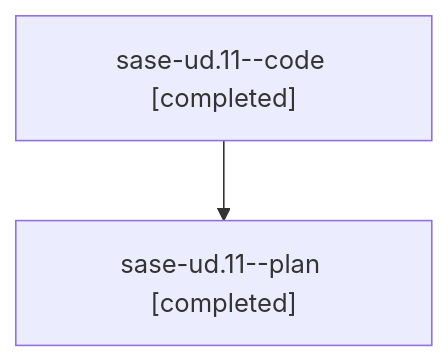
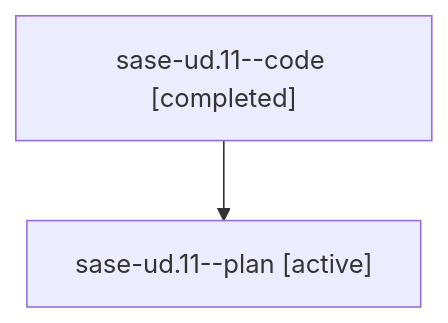
One commit to sase-org/sase--agents changed the diagram in families/bbugyi200.athena.sase-ud.11.md. Above: the diagram before and after it, drawn with Mermaid. The commit also changed other lines of this file and 35830 other files, not shown here.

````diff
--- a/families/bbugyi200.athena.sase-ud.11.md
+++ b/families/bbugyi200.athena.sase-ud.11.md
@@ -9,6 +9,6 @@
 ```mermaid
 flowchart TD
   n0["sase-ud.11--code [completed]"]
-  n1["sase-ud.11--plan [completed]"]
+  n1["sase-ud.11--plan [active]"]
   n0 --> n1
 ```
````
